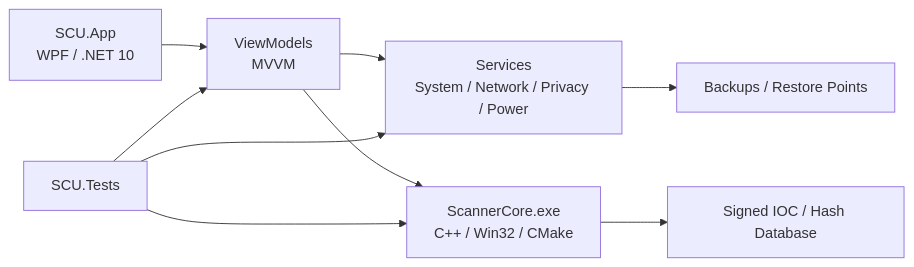
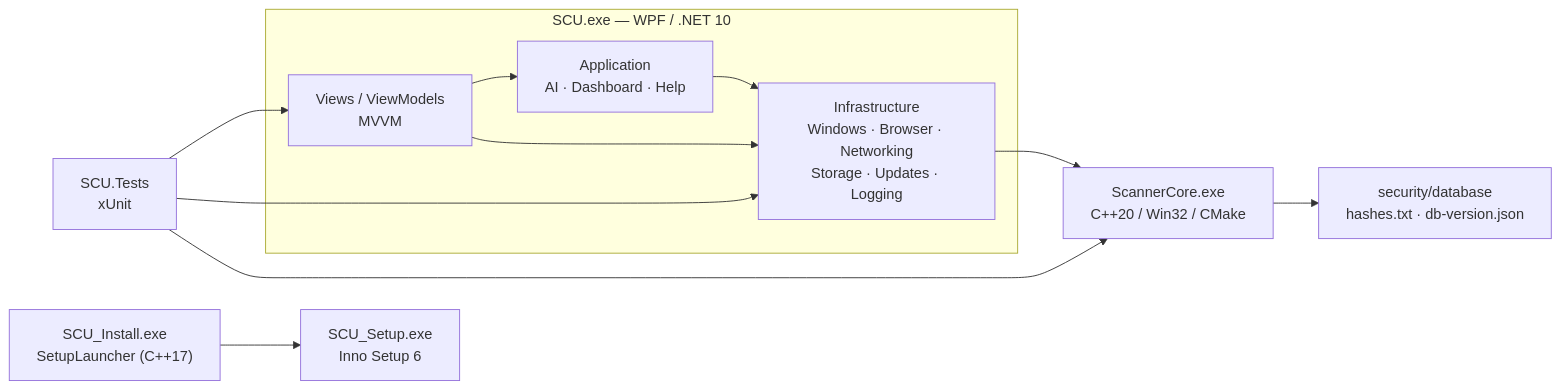
One commit to endlessbum/SCU changed the diagram in README.md. Above: the diagram before and after it, drawn with Mermaid. The commit also changed other lines of this file and 17 other files, not shown here.

````diff
--- a/README.md
+++ b/README.md
@@ -124,19 +134,24 @@
 ```mermaid
 flowchart LR
-    UI["SCU.App<br/>WPF / .NET 10"]
-    VM["ViewModels<br/>MVVM"]
-    SERVICES["Services<br/>System / Network / Privacy / Power"]
-    SCANNER["ScannerCore.exe<br/>C++ / Win32 / CMake"]
-    DB["Signed IOC / Hash Database"]
-    BACKUP["Backups / Restore Points"]
-    TESTS["SCU.Tests"]
+    subgraph APP["SCU.exe — WPF / .NET 10"]
+        UI["Views / ViewModels<br/>MVVM"]
+        CORE["Application<br/>AI · Dashboard · Help"]
+        SVC["Infrastructure<br/>Windows · Browser · Networking<br/>Storage · Updates · Logging"]
+    end
 
-    UI --> VM
-    VM --> SERVICES
-    VM --> SCANNER
+    SCANNER["ScannerCore.exe<br/>C++20 / Win32 / CMake"]
+    DB["security/database<br/>hashes.txt · db-version.json"]
+    LAUNCHER["SCU_Install.exe<br/>SetupLauncher (C++17)"]
+    SETUP["SCU_Setup.exe<br/>Inno Setup 6"]
+    TESTS["SCU.Tests<br/>xUnit"]
+
+    UI --> CORE
+    UI --> SVC
+    CORE --> SVC
+    SVC --> SCANNER
     SCANNER --> DB
-    SERVICES --> BACKUP
-    TESTS --> VM
-    TESTS --> SERVICES
+    LAUNCHER --> SETUP
+    TESTS --> UI
+    TESTS --> SVC
     TESTS --> SCANNER
 ```
````
